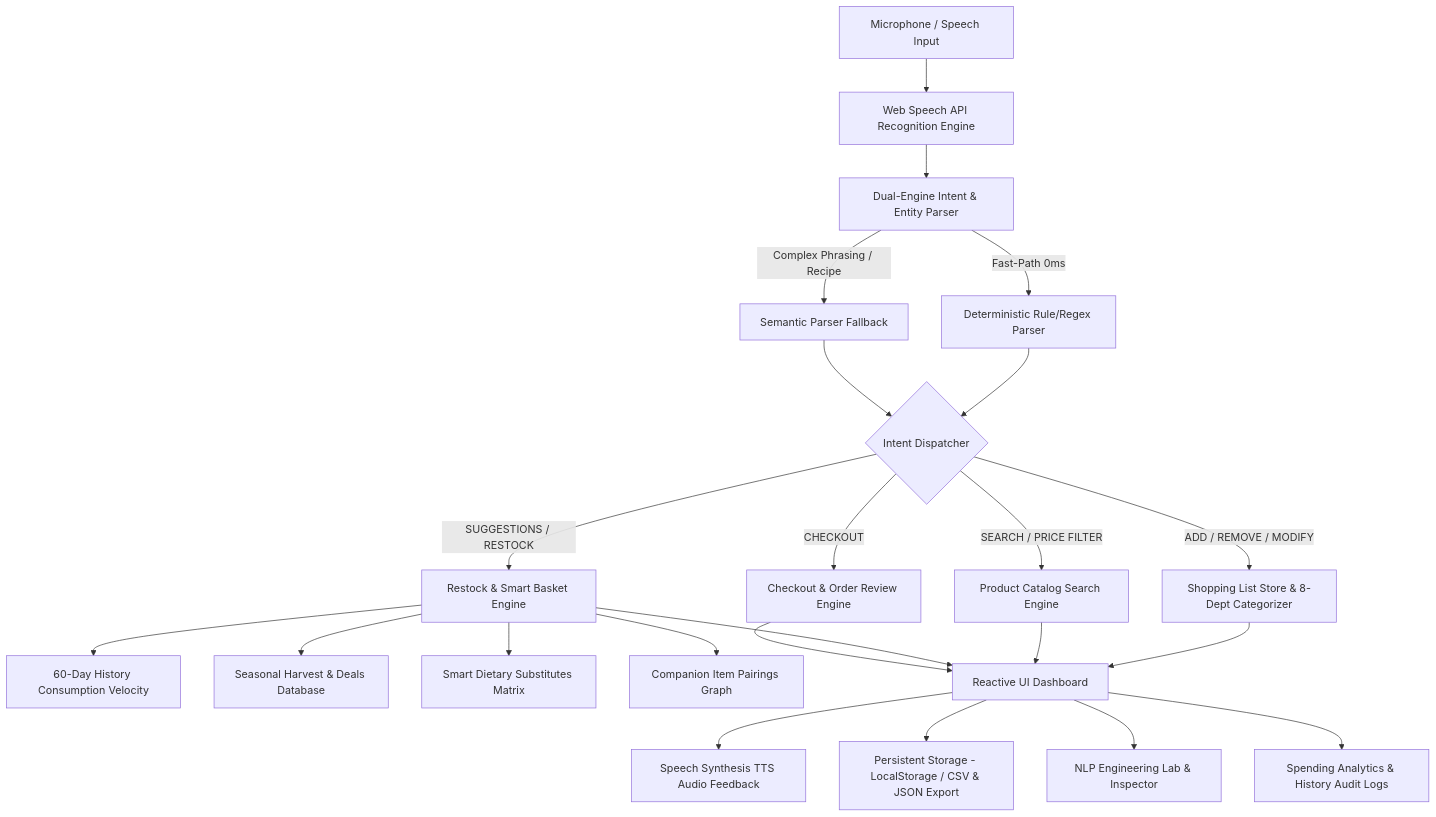
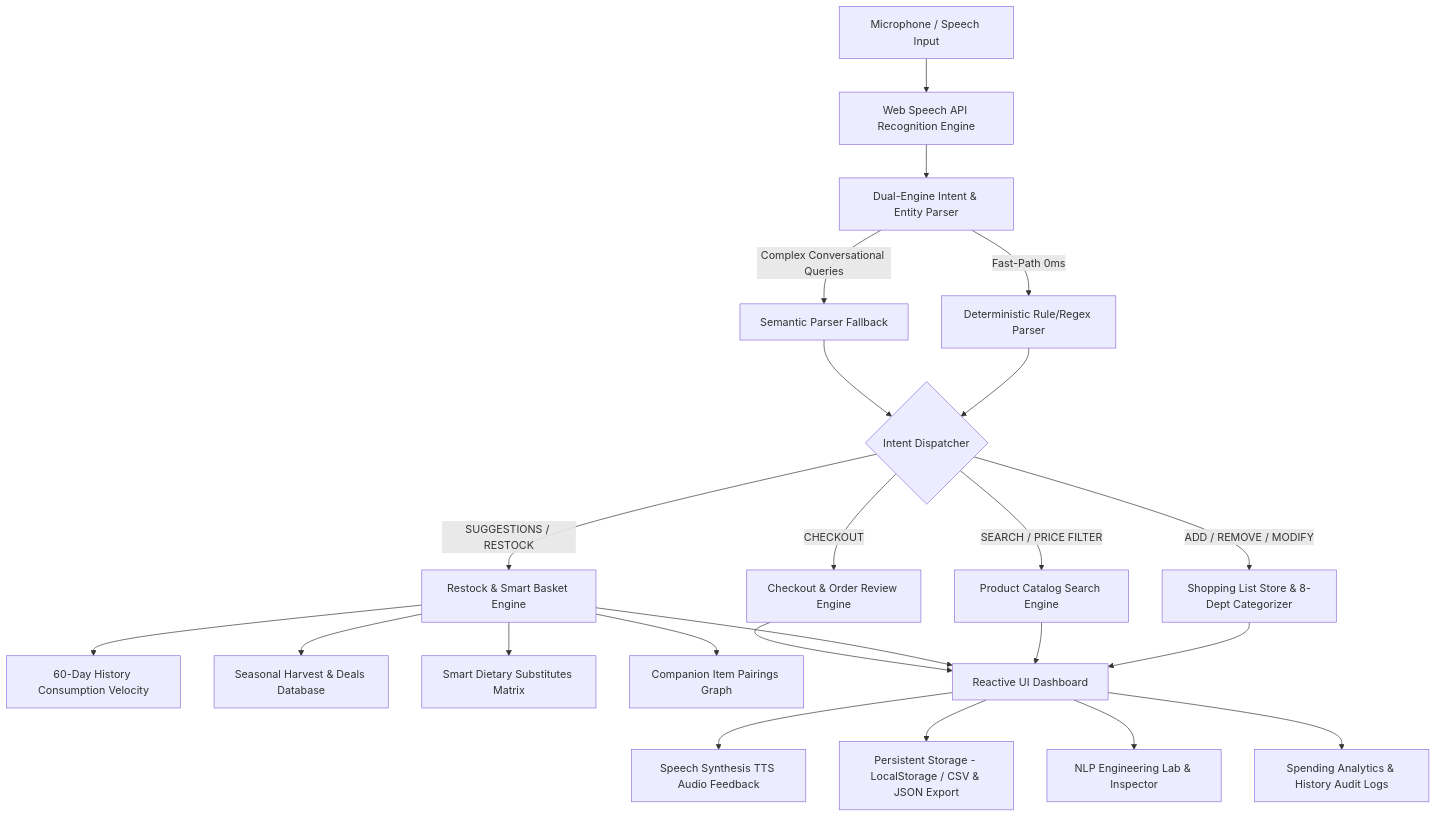
One commit to MAYANK479/voice_cart_ai changed the diagram in README.md. Above: the diagram before and after it, drawn with Mermaid. The commit also changed other lines of this file, not shown here.

````diff
--- a/README.md
+++ b/README.md
@@ -33,31 +30,31 @@
 ```mermaid
 graph TD
     A[Microphone / Speech Input] --> B[Web Speech API Recognition Engine]
     B --> C[Dual-Engine Intent & Entity Parser]
     
     C -->|Fast-Path 0ms| C1[Deterministic Rule/Regex Parser]
-    C -->|Complex Phrasing / Recipe| C2[Semantic Parser Fallback]
+    C -->|Complex Conversational Queries| C2[Semantic Parser Fallback]
     
     C1 --> D{Intent Dispatcher}
     C2 --> D
     
     D -->|ADD / REMOVE / MODIFY| E[Shopping List Store & 8-Dept Categorizer]
     D -->|SEARCH / PRICE FILTER| F[Product Catalog Search Engine]
     D -->|SUGGESTIONS / RESTOCK| G[Restock & Smart Basket Engine]
     D -->|CHECKOUT| N[Checkout & Order Review Engine]
     
     G --> G1[60-Day History Consumption Velocity]
     G --> G2[Seasonal Harvest & Deals Database]
     G --> G3[Smart Dietary Substitutes Matrix]
     G --> G4[Companion Item Pairings Graph]
     
     E --> H[Reactive UI Dashboard]
     F --> H
     G --> H
     N --> H
     
     H --> I[Speech Synthesis TTS Audio Feedback]
     H --> J[Persistent Storage - LocalStorage / CSV & JSON Export]
     H --> K[NLP Engineering Lab & Inspector]
     H --> L[Spending Analytics & History Audit Logs]
 ```
````
